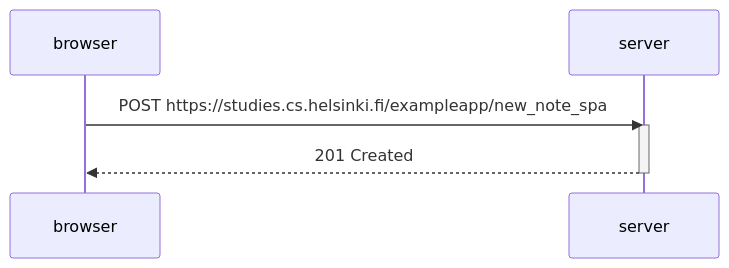
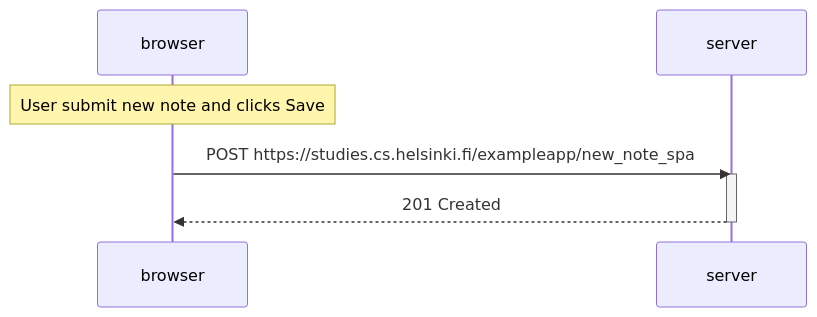
Before and after one commit to Waltberry/fullstack-open: the third of 3 diagrams in part0/diagrams.md, drawn with Mermaid. The commit also changed 1 other file, not shown here.

Commit message:
update[A

````diff
--- a/part0/diagrams.md
+++ b/part0/diagrams.md
@@ -56,13 +56,13 @@
 ```mermaid
 sequenceDiagram
     participant browser
     participant server
 
-
+    Note over browser: User submit new note and clicks Save
     browser->>server: POST https://studies.cs.helsinki.fi/exampleapp/new_note_spa
     activate server
 
     server-->>browser: 201 Created
     deactivate server
 
 ```
````
